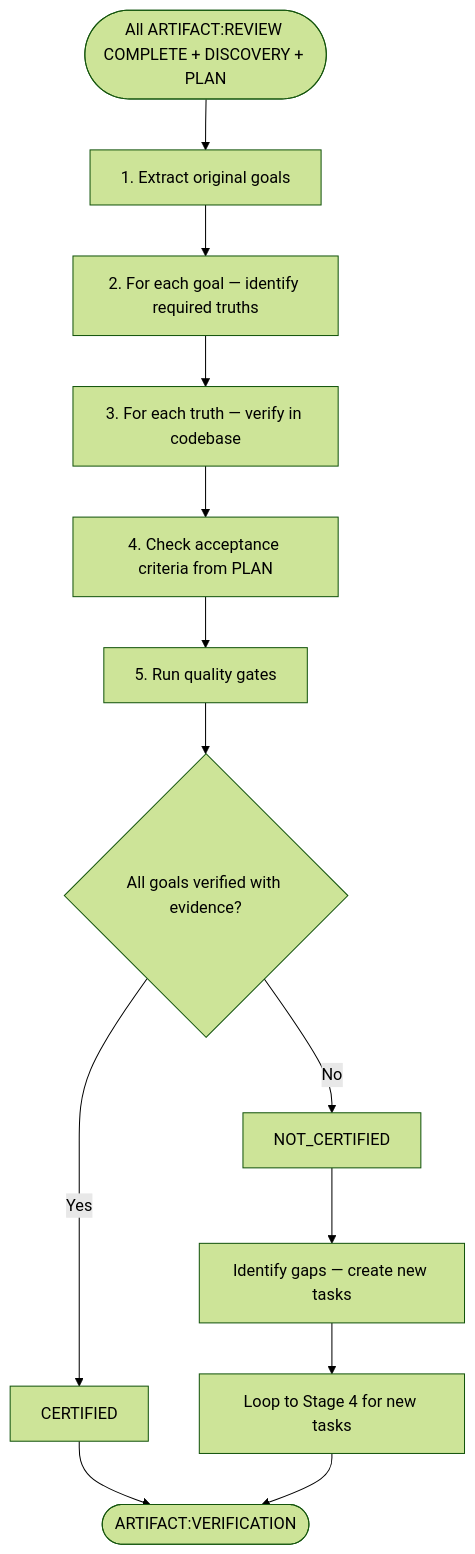
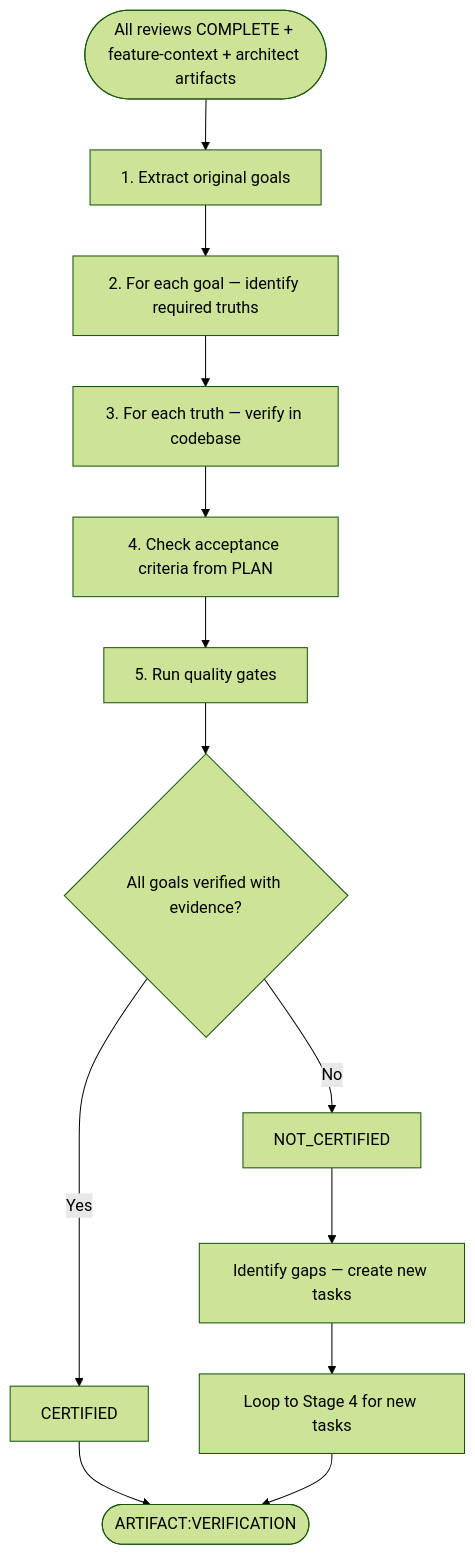
One commit to chgreer1070/claude_skills changed the first of 2 diagrams in plugins/development-harness/skills/final-verification/SKILL.md. Above: the diagram before and after it, drawn with Mermaid (forest theme). The commit also changed other lines of this file and 20 other files, not shown here.

````diff
--- a/plugins/development-harness/skills/final-verification/SKILL.md
+++ b/plugins/development-harness/skills/final-verification/SKILL.md
@@ -29,15 +29,15 @@
 ```mermaid
 flowchart TD
-    Start([All ARTIFACT:REVIEW COMPLETE + DISCOVERY + PLAN]) --> G1[1. Extract original goals]
+    Start([All reviews COMPLETE + feature-context + architect artifacts]) --> G1[1. Extract original goals]
     G1 --> G2[2. For each goal — identify required truths]
     G2 --> G3[3. For each truth — verify in codebase]
     G3 --> G4[4. Check acceptance criteria from PLAN]
     G4 --> G5[5. Run quality gates]
     G5 --> Decide{All goals verified with evidence?}
     Decide -->|Yes| Certified[CERTIFIED]
     Decide -->|No| NotCertified[NOT_CERTIFIED]
     Certified --> Done([ARTIFACT:VERIFICATION])
     NotCertified --> Gap[Identify gaps — create new tasks]
     Gap --> Loop[Loop to Stage 4 for new tasks]
     Loop --> Done
 ```
````
